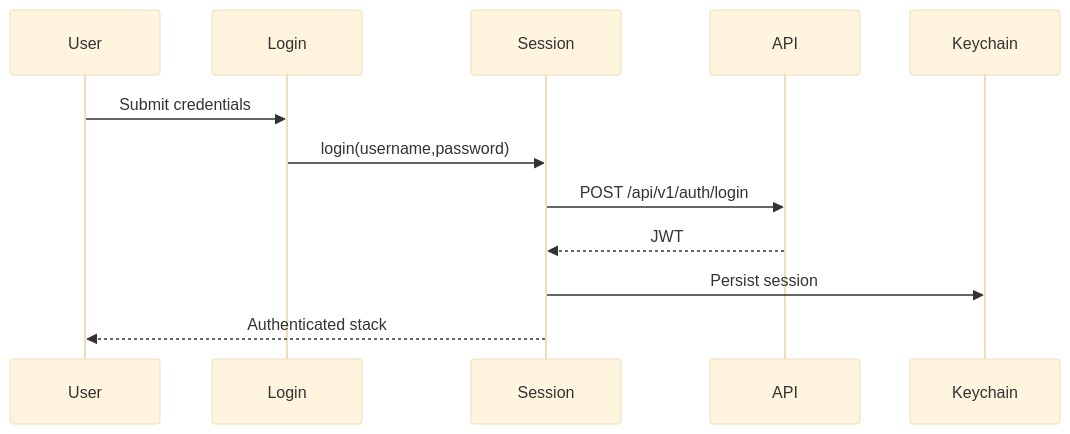
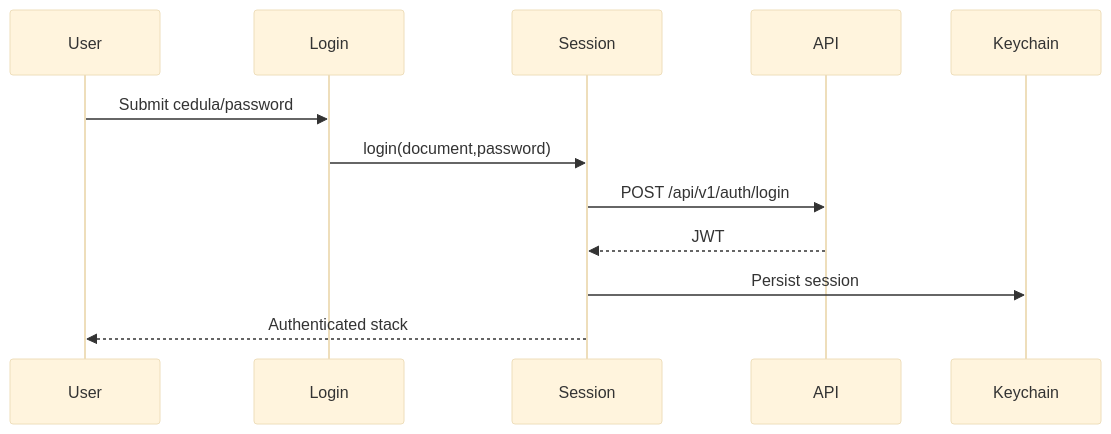
Before and after one commit to CarlosPolo019/credit-mobile: the diagram in knowledge/auth/current-auth-session-flow.md, drawn with Mermaid (base theme). The commit also changed other lines of this file and 80 other files, not shown here.

````diff
--- a/knowledge/auth/current-auth-session-flow.md
+++ b/knowledge/auth/current-auth-session-flow.md
@@ -17,14 +18,14 @@
 ```mermaid
 sequenceDiagram
   participant User
   participant Login
   participant Session
   participant API
   participant Keychain
-  User->>Login: Submit credentials
-  Login->>Session: login(username,password)
+  User->>Login: Submit cedula/password
+  Login->>Session: login(document,password)
   Session->>API: POST /api/v1/auth/login
   API-->>Session: JWT
   Session->>Keychain: Persist session
   Session-->>User: Authenticated stack
 ```
````
